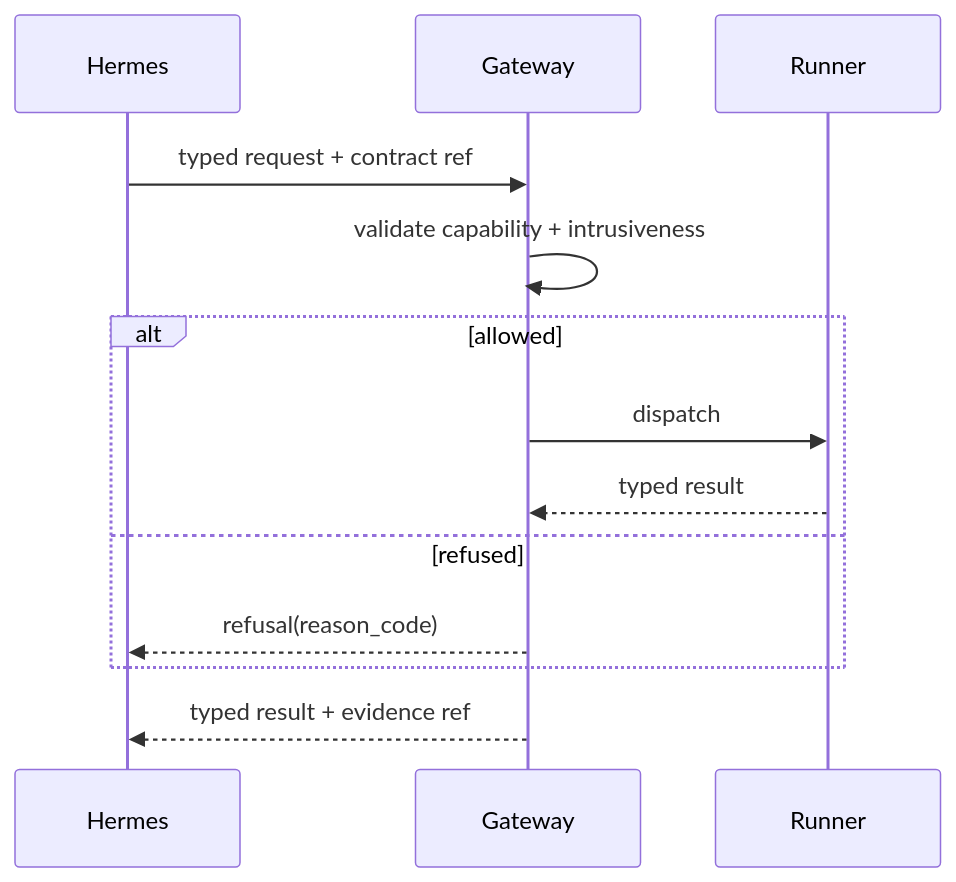
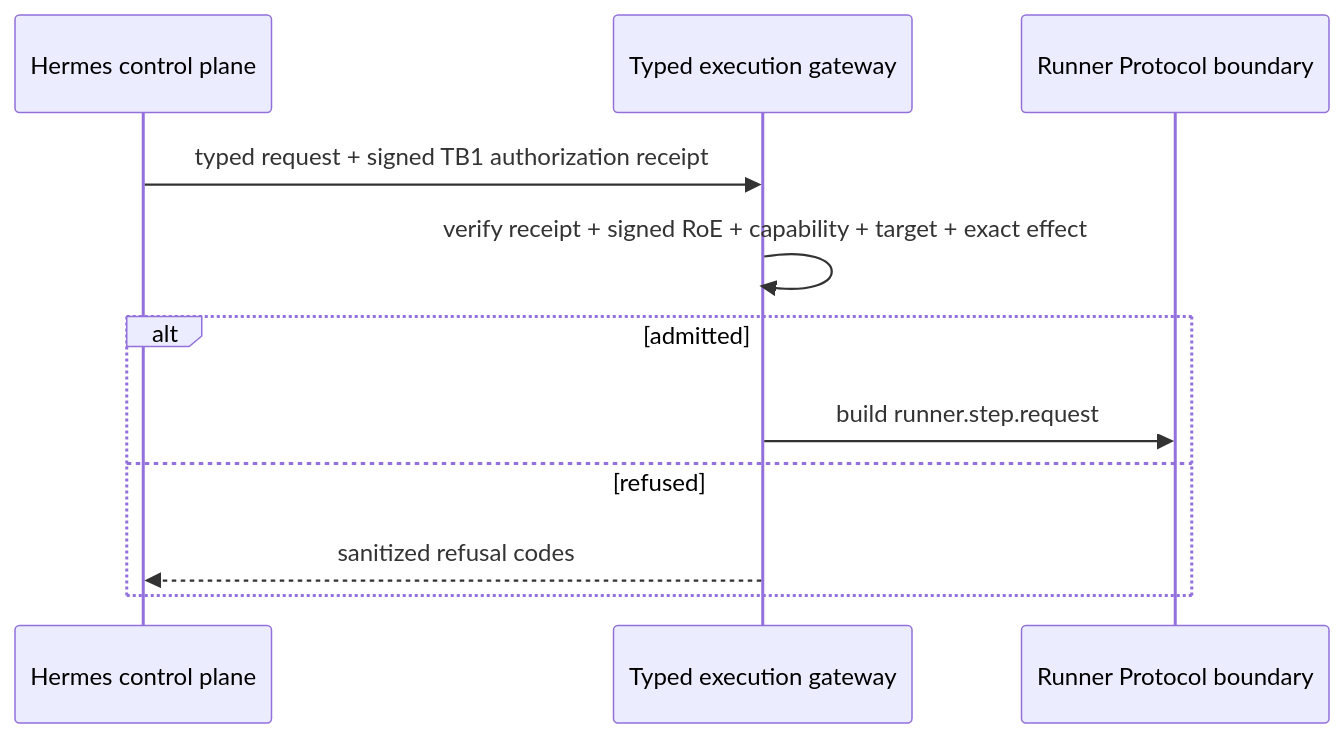
Before and after one commit to pestoura/hermes-security-labs: the diagram in docs/roadmap/epics/EPIC-03-typed-kali-mcp.md, drawn with Mermaid. The commit also changed other lines of this file, not shown here.

Commit message:
docs(epic-03): reconcile typed gateway lifecycle to implementing

````diff
--- a/docs/roadmap/epics/EPIC-03-typed-kali-mcp.md
+++ b/docs/roadmap/epics/EPIC-03-typed-kali-mcp.md
@@ -59,15 +60,13 @@
 ```mermaid
 sequenceDiagram
-  participant H as Hermes
-  participant G as Gateway
-  participant R as Runner
-  H->>G: typed request + contract ref
-  G->>G: validate capability + intrusiveness
-  alt allowed
-    G->>R: dispatch
-    R-->>G: typed result
+  participant H as Hermes control plane
+  participant G as Typed execution gateway
+  participant R as Runner Protocol boundary
+  H->>G: typed request + signed TB1 authorization receipt
+  G->>G: verify receipt + signed RoE + capability + target + exact effect
+  alt admitted
+    G->>R: build runner.step.request
   else refused
-    G-->>H: refusal(reason_code)
+    G-->>H: sanitized refusal codes
   end
-  G-->>H: typed result + evidence ref
 ```
````
